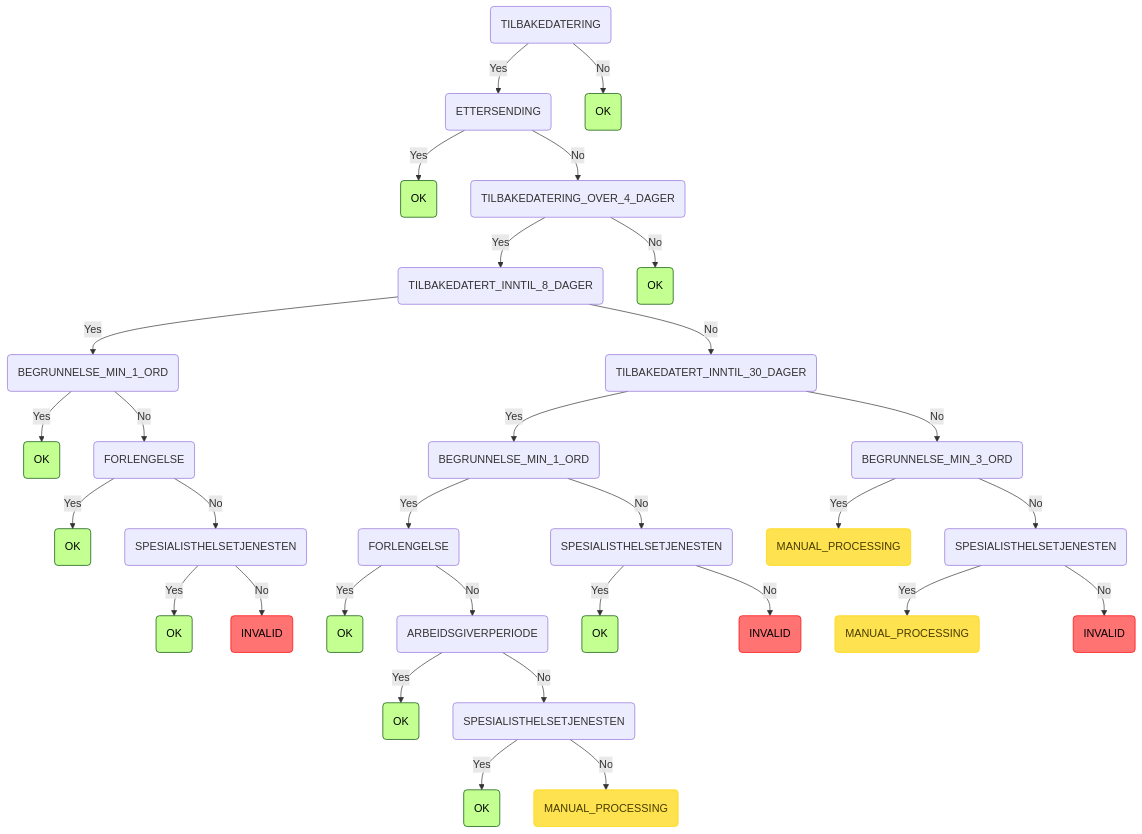
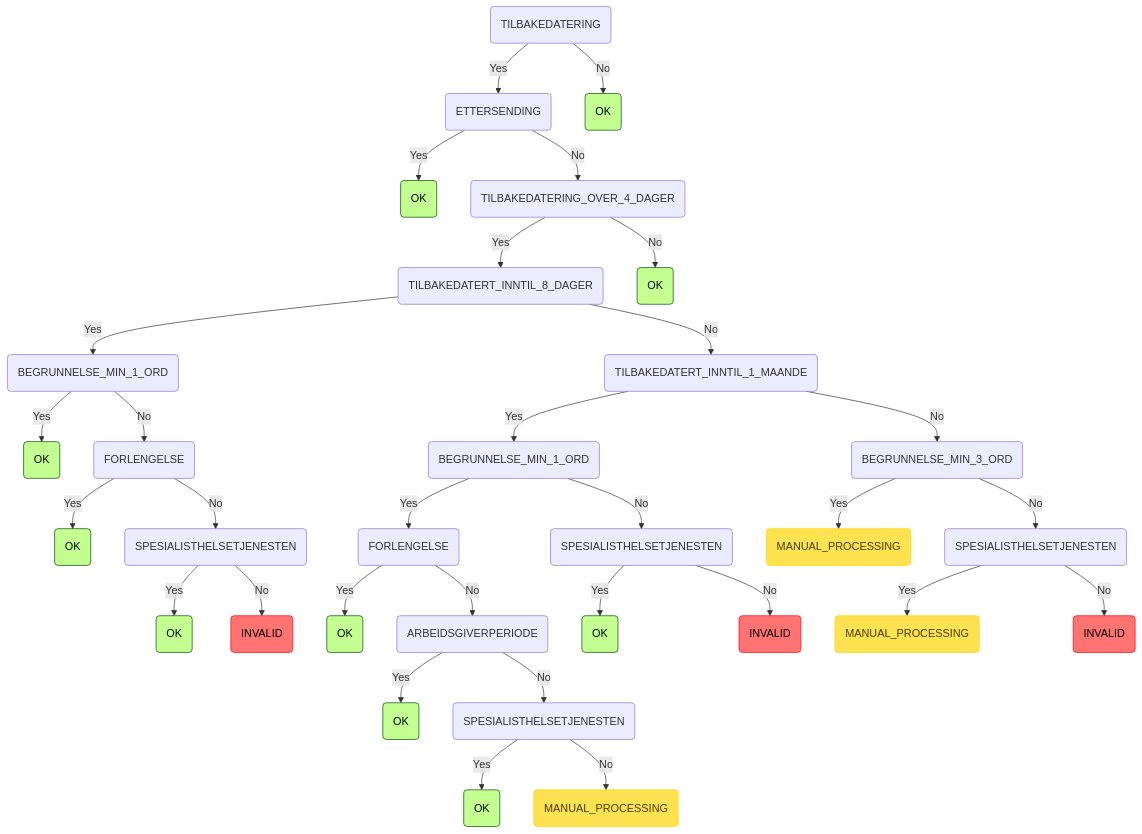
Before and after one commit to navikt/syfosmregler: the ninth of 9 diagrams in README.md, drawn with Mermaid. The commit also changed 4 other files, not shown here.

````diff
--- a/README.md
+++ b/README.md
@@ -290,36 +290,36 @@
 ```mermaid
 graph TD
     root(TILBAKEDATERING) -->|Yes| root_TILBAKEDATERING_ETTERSENDING(ETTERSENDING)
     root_TILBAKEDATERING_ETTERSENDING(ETTERSENDING) -->|Yes| root_TILBAKEDATERING_ETTERSENDING_OK(OK):::ok
     root_TILBAKEDATERING_ETTERSENDING(ETTERSENDING) -->|No| root_TILBAKEDATERING_ETTERSENDING_TILBAKEDATERING_OVER_4_DAGER(TILBAKEDATERING_OVER_4_DAGER)
     root_TILBAKEDATERING_ETTERSENDING_TILBAKEDATERING_OVER_4_DAGER(TILBAKEDATERING_OVER_4_DAGER) -->|Yes| root_TILBAKEDATERING_ETTERSENDING_TILBAKEDATERING_OVER_4_DAGER_TILBAKEDATERT_INNTIL_8_DAGER(TILBAKEDATERT_INNTIL_8_DAGER)
     root_TILBAKEDATERING_ETTERSENDING_TILBAKEDATERING_OVER_4_DAGER_TILBAKEDATERT_INNTIL_8_DAGER(TILBAKEDATERT_INNTIL_8_DAGER) -->|Yes| root_TILBAKEDATERING_ETTERSENDING_TILBAKEDATERING_OVER_4_DAGER_TILBAKEDATERT_INNTIL_8_DAGER_BEGRUNNELSE_MIN_1_ORD(BEGRUNNELSE_MIN_1_ORD)
     root_TILBAKEDATERING_ETTERSENDING_TILBAKEDATERING_OVER_4_DAGER_TILBAKEDATERT_INNTIL_8_DAGER_BEGRUNNELSE_MIN_1_ORD(BEGRUNNELSE_MIN_1_ORD) -->|Yes| root_TILBAKEDATERING_ETTERSENDING_TILBAKEDATERING_OVER_4_DAGER_TILBAKEDATERT_INNTIL_8_DAGER_BEGRUNNELSE_MIN_1_ORD_OK(OK):::ok
     root_TILBAKEDATERING_ETTERSENDING_TILBAKEDATERING_OVER_4_DAGER_TILBAKEDATERT_INNTIL_8_DAGER_BEGRUNNELSE_MIN_1_ORD(BEGRUNNELSE_MIN_1_ORD) -->|No| root_TILBAKEDATERING_ETTERSENDING_TILBAKEDATERING_OVER_4_DAGER_TILBAKEDATERT_INNTIL_8_DAGER_BEGRUNNELSE_MIN_1_ORD_FORLENGELSE(FORLENGELSE)
     root_TILBAKEDATERING_ETTERSENDING_TILBAKEDATERING_OVER_4_DAGER_TILBAKEDATERT_INNTIL_8_DAGER_BEGRUNNELSE_MIN_1_ORD_FORLENGELSE(FORLENGELSE) -->|Yes| root_TILBAKEDATERING_ETTERSENDING_TILBAKEDATERING_OVER_4_DAGER_TILBAKEDATERT_INNTIL_8_DAGER_BEGRUNNELSE_MIN_1_ORD_FORLENGELSE_OK(OK):::ok
     root_TILBAKEDATERING_ETTERSENDING_TILBAKEDATERING_OVER_4_DAGER_TILBAKEDATERT_INNTIL_8_DAGER_BEGRUNNELSE_MIN_1_ORD_FORLENGELSE(FORLENGELSE) -->|No| root_TILBAKEDATERING_ETTERSENDING_TILBAKEDATERING_OVER_4_DAGER_TILBAKEDATERT_INNTIL_8_DAGER_BEGRUNNELSE_MIN_1_ORD_FORLENGELSE_SPESIALISTHELSETJENESTEN(SPESIALISTHELSETJENESTEN)
     root_TILBAKEDATERING_ETTERSENDING_TILBAKEDATERING_OVER_4_DAGER_TILBAKEDATERT_INNTIL_8_DAGER_BEGRUNNELSE_MIN_1_ORD_FORLENGELSE_SPESIALISTHELSETJENESTEN(SPESIALISTHELSETJENESTEN) -->|Yes| root_TILBAKEDATERING_ETTERSENDING_TILBAKEDATERING_OVER_4_DAGER_TILBAKEDATERT_INNTIL_8_DAGER_BEGRUNNELSE_MIN_1_ORD_FORLENGELSE_SPESIALISTHELSETJENESTEN_OK(OK):::ok
     root_TILBAKEDATERING_ETTERSENDING_TILBAKEDATERING_OVER_4_DAGER_TILBAKEDATERT_INNTIL_8_DAGER_BEGRUNNELSE_MIN_1_ORD_FORLENGELSE_SPESIALISTHELSETJENESTEN(SPESIALISTHELSETJENESTEN) -->|No| root_TILBAKEDATERING_ETTERSENDING_TILBAKEDATERING_OVER_4_DAGER_TILBAKEDATERT_INNTIL_8_DAGER_BEGRUNNELSE_MIN_1_ORD_FORLENGELSE_SPESIALISTHELSETJENESTEN_INVALID(INVALID):::invalid
-    root_TILBAKEDATERING_ETTERSENDING_TILBAKEDATERING_OVER_4_DAGER_TILBAKEDATERT_INNTIL_8_DAGER(TILBAKEDATERT_INNTIL_8_DAGER) -->|No| root_TILBAKEDATERING_ETTERSENDING_TILBAKEDATERING_OVER_4_DAGER_TILBAKEDATERT_INNTIL_8_DAGER_TILBAKEDATERT_INNTIL_30_DAGER(TILBAKEDATERT_INNTIL_30_DAGER)
-    root_TILBAKEDATERING_ETTERSENDING_TILBAKEDATERING_OVER_4_DAGER_TILBAKEDATERT_INNTIL_8_DAGER_TILBAKEDATERT_INNTIL_30_DAGER(TILBAKEDATERT_INNTIL_30_DAGER) -->|Yes| root_TILBAKEDATERING_ETTERSENDING_TILBAKEDATERING_OVER_4_DAGER_TILBAKEDATERT_INNTIL_8_DAGER_TILBAKEDATERT_INNTIL_30_DAGER_BEGRUNNELSE_MIN_1_ORD(BEGRUNNELSE_MIN_1_ORD)
-    root_TILBAKEDATERING_ETTERSENDING_TILBAKEDATERING_OVER_4_DAGER_TILBAKEDATERT_INNTIL_8_DAGER_TILBAKEDATERT_INNTIL_30_DAGER_BEGRUNNELSE_MIN_1_ORD(BEGRUNNELSE_MIN_1_ORD) -->|Yes| root_TILBAKEDATERING_ETTERSENDING_TILBAKEDATERING_OVER_4_DAGER_TILBAKEDATERT_INNTIL_8_DAGER_TILBAKEDATERT_INNTIL_30_DAGER_BEGRUNNELSE_MIN_1_ORD_FORLENGELSE(FORLENGELSE)
-    root_TILBAKEDATERING_ETTERSENDING_TILBAKEDATERING_OVER_4_DAGER_TILBAKEDATERT_INNTIL_8_DAGER_TILBAKEDATERT_INNTIL_30_DAGER_BEGRUNNELSE_MIN_1_ORD_FORLENGELSE(FORLENGELSE) -->|Yes| root_TILBAKEDATERING_ETTERSENDING_TILBAKEDATERING_OVER_4_DAGER_TILBAKEDATERT_INNTIL_8_DAGER_TILBAKEDATERT_INNTIL_30_DAGER_BEGRUNNELSE_MIN_1_ORD_FORLENGELSE_OK(OK):::ok
-    root_TILBAKEDATERING_ETTERSENDING_TILBAKEDATERING_OVER_4_DAGER_TILBAKEDATERT_INNTIL_8_DAGER_TILBAKEDATERT_INNTIL_30_DAGER_BEGRUNNELSE_MIN_1_ORD_FORLENGELSE(FORLENGELSE) -->|No| root_TILBAKEDATERING_ETTERSENDING_TILBAKEDATERING_OVER_4_DAGER_TILBAKEDATERT_INNTIL_8_DAGER_TILBAKEDATERT_INNTIL_30_DAGER_BEGRUNNELSE_MIN_1_ORD_FORLENGELSE_ARBEIDSGIVERPERIODE(ARBEIDSGIVERPERIODE)
-    root_TILBAKEDATERING_ETTERSENDING_TILBAKEDATERING_OVER_4_DAGER_TILBAKEDATERT_INNTIL_8_DAGER_TILBAKEDATERT_INNTIL_30_DAGER_BEGRUNNELSE_MIN_1_ORD_FORLENGELSE_ARBEIDSGIVERPERIODE(ARBEIDSGIVERPERIODE) -->|Yes| root_TILBAKEDATERING_ETTERSENDING_TILBAKEDATERING_OVER_4_DAGER_TILBAKEDATERT_INNTIL_8_DAGER_TILBAKEDATERT_INNTIL_30_DAGER_BEGRUNNELSE_MIN_1_ORD_FORLENGELSE_ARBEIDSGIVERPERIODE_OK(OK):::ok
-    root_TILBAKEDATERING_ETTERSENDING_TILBAKEDATERING_OVER_4_DAGER_TILBAKEDATERT_INNTIL_8_DAGER_TILBAKEDATERT_INNTIL_30_DAGER_BEGRUNNELSE_MIN_1_ORD_FORLENGELSE_ARBEIDSGIVERPERIODE(ARBEIDSGIVERPERIODE) -->|No| root_TILBAKEDATERING_ETTERSENDING_TILBAKEDATERING_OVER_4_DAGER_TILBAKEDATERT_INNTIL_8_DAGER_TILBAKEDATERT_INNTIL_30_DAGER_BEGRUNNELSE_MIN_1_ORD_FORLENGELSE_ARBEIDSGIVERPERIODE_SPESIALISTHELSETJENESTEN(SPESIALISTHELSETJENESTEN)
-    root_TILBAKEDATERING_ETTERSENDING_TILBAKEDATERING_OVER_4_DAGER_TILBAKEDATERT_INNTIL_8_DAGER_TILBAKEDATERT_INNTIL_30_DAGER_BEGRUNNELSE_MIN_1_ORD_FORLENGELSE_ARBEIDSGIVERPERIODE_SPESIALISTHELSETJENESTEN(SPESIALISTHELSETJENESTEN) -->|Yes| root_TILBAKEDATERING_ETTERSENDING_TILBAKEDATERING_OVER_4_DAGER_TILBAKEDATERT_INNTIL_8_DAGER_TILBAKEDATERT_INNTIL_30_DAGER_BEGRUNNELSE_MIN_1_ORD_FORLENGELSE_ARBEIDSGIVERPERIODE_SPESIALISTHELSETJENESTEN_OK(OK):::ok
-    root_TILBAKEDATERING_ETTERSENDING_TILBAKEDATERING_OVER_4_DAGER_TILBAKEDATERT_INNTIL_8_DAGER_TILBAKEDATERT_INNTIL_30_DAGER_BEGRUNNELSE_MIN_1_ORD_FORLENGELSE_ARBEIDSGIVERPERIODE_SPESIALISTHELSETJENESTEN(SPESIALISTHELSETJENESTEN) -->|No| root_TILBAKEDATERING_ETTERSENDING_TILBAKEDATERING_OVER_4_DAGER_TILBAKEDATERT_INNTIL_8_DAGER_TILBAKEDATERT_INNTIL_30_DAGER_BEGRUNNELSE_MIN_1_ORD_FORLENGELSE_ARBEIDSGIVERPERIODE_SPESIALISTHELSETJENESTEN_MANUAL_PROCESSING(MANUAL_PROCESSING):::manuell
-    root_TILBAKEDATERING_ETTERSENDING_TILBAKEDATERING_OVER_4_DAGER_TILBAKEDATERT_INNTIL_8_DAGER_TILBAKEDATERT_INNTIL_30_DAGER_BEGRUNNELSE_MIN_1_ORD(BEGRUNNELSE_MIN_1_ORD) -->|No| root_TILBAKEDATERING_ETTERSENDING_TILBAKEDATERING_OVER_4_DAGER_TILBAKEDATERT_INNTIL_8_DAGER_TILBAKEDATERT_INNTIL_30_DAGER_BEGRUNNELSE_MIN_1_ORD_SPESIALISTHELSETJENESTEN(SPESIALISTHELSETJENESTEN)
-    root_TILBAKEDATERING_ETTERSENDING_TILBAKEDATERING_OVER_4_DAGER_TILBAKEDATERT_INNTIL_8_DAGER_TILBAKEDATERT_INNTIL_30_DAGER_BEGRUNNELSE_MIN_1_ORD_SPESIALISTHELSETJENESTEN(SPESIALISTHELSETJENESTEN) -->|Yes| root_TILBAKEDATERING_ETTERSENDING_TILBAKEDATERING_OVER_4_DAGER_TILBAKEDATERT_INNTIL_8_DAGER_TILBAKEDATERT_INNTIL_30_DAGER_BEGRUNNELSE_MIN_1_ORD_SPESIALISTHELSETJENESTEN_OK(OK):::ok
-    root_TILBAKEDATERING_ETTERSENDING_TILBAKEDATERING_OVER_4_DAGER_TILBAKEDATERT_INNTIL_8_DAGER_TILBAKEDATERT_INNTIL_30_DAGER_BEGRUNNELSE_MIN_1_ORD_SPESIALISTHELSETJENESTEN(SPESIALISTHELSETJENESTEN) -->|No| root_TILBAKEDATERING_ETTERSENDING_TILBAKEDATERING_OVER_4_DAGER_TILBAKEDATERT_INNTIL_8_DAGER_TILBAKEDATERT_INNTIL_30_DAGER_BEGRUNNELSE_MIN_1_ORD_SPESIALISTHELSETJENESTEN_INVALID(INVALID):::invalid
-    root_TILBAKEDATERING_ETTERSENDING_TILBAKEDATERING_OVER_4_DAGER_TILBAKEDATERT_INNTIL_8_DAGER_TILBAKEDATERT_INNTIL_30_DAGER(TILBAKEDATERT_INNTIL_30_DAGER) -->|No| root_TILBAKEDATERING_ETTERSENDING_TILBAKEDATERING_OVER_4_DAGER_TILBAKEDATERT_INNTIL_8_DAGER_TILBAKEDATERT_INNTIL_30_DAGER_BEGRUNNELSE_MIN_3_ORD(BEGRUNNELSE_MIN_3_ORD)
-    root_TILBAKEDATERING_ETTERSENDING_TILBAKEDATERING_OVER_4_DAGER_TILBAKEDATERT_INNTIL_8_DAGER_TILBAKEDATERT_INNTIL_30_DAGER_BEGRUNNELSE_MIN_3_ORD(BEGRUNNELSE_MIN_3_ORD) -->|Yes| root_TILBAKEDATERING_ETTERSENDING_TILBAKEDATERING_OVER_4_DAGER_TILBAKEDATERT_INNTIL_8_DAGER_TILBAKEDATERT_INNTIL_30_DAGER_BEGRUNNELSE_MIN_3_ORD_MANUAL_PROCESSING(MANUAL_PROCESSING):::manuell
-    root_TILBAKEDATERING_ETTERSENDING_TILBAKEDATERING_OVER_4_DAGER_TILBAKEDATERT_INNTIL_8_DAGER_TILBAKEDATERT_INNTIL_30_DAGER_BEGRUNNELSE_MIN_3_ORD(BEGRUNNELSE_MIN_3_ORD) -->|No| root_TILBAKEDATERING_ETTERSENDING_TILBAKEDATERING_OVER_4_DAGER_TILBAKEDATERT_INNTIL_8_DAGER_TILBAKEDATERT_INNTIL_30_DAGER_BEGRUNNELSE_MIN_3_ORD_SPESIALISTHELSETJENESTEN(SPESIALISTHELSETJENESTEN)
-    root_TILBAKEDATERING_ETTERSENDING_TILBAKEDATERING_OVER_4_DAGER_TILBAKEDATERT_INNTIL_8_DAGER_TILBAKEDATERT_INNTIL_30_DAGER_BEGRUNNELSE_MIN_3_ORD_SPESIALISTHELSETJENESTEN(SPESIALISTHELSETJENESTEN) -->|Yes| root_TILBAKEDATERING_ETTERSENDING_TILBAKEDATERING_OVER_4_DAGER_TILBAKEDATERT_INNTIL_8_DAGER_TILBAKEDATERT_INNTIL_30_DAGER_BEGRUNNELSE_MIN_3_ORD_SPESIALISTHELSETJENESTEN_MANUAL_PROCESSING(MANUAL_PROCESSING):::manuell
-    root_TILBAKEDATERING_ETTERSENDING_TILBAKEDATERING_OVER_4_DAGER_TILBAKEDATERT_INNTIL_8_DAGER_TILBAKEDATERT_INNTIL_30_DAGER_BEGRUNNELSE_MIN_3_ORD_SPESIALISTHELSETJENESTEN(SPESIALISTHELSETJENESTEN) -->|No| root_TILBAKEDATERING_ETTERSENDING_TILBAKEDATERING_OVER_4_DAGER_TILBAKEDATERT_INNTIL_8_DAGER_TILBAKEDATERT_INNTIL_30_DAGER_BEGRUNNELSE_MIN_3_ORD_SPESIALISTHELSETJENESTEN_INVALID(INVALID):::invalid
+    root_TILBAKEDATERING_ETTERSENDING_TILBAKEDATERING_OVER_4_DAGER_TILBAKEDATERT_INNTIL_8_DAGER(TILBAKEDATERT_INNTIL_8_DAGER) -->|No| root_TILBAKEDATERING_ETTERSENDING_TILBAKEDATERING_OVER_4_DAGER_TILBAKEDATERT_INNTIL_8_DAGER_TILBAKEDATERT_INNTIL_1_MAANDE(TILBAKEDATERT_INNTIL_1_MAANDE)
+    root_TILBAKEDATERING_ETTERSENDING_TILBAKEDATERING_OVER_4_DAGER_TILBAKEDATERT_INNTIL_8_DAGER_TILBAKEDATERT_INNTIL_1_MAANDE(TILBAKEDATERT_INNTIL_1_MAANDE) -->|Yes| root_TILBAKEDATERING_ETTERSENDING_TILBAKEDATERING_OVER_4_DAGER_TILBAKEDATERT_INNTIL_8_DAGER_TILBAKEDATERT_INNTIL_1_MAANDE_BEGRUNNELSE_MIN_1_ORD(BEGRUNNELSE_MIN_1_ORD)
+    root_TILBAKEDATERING_ETTERSENDING_TILBAKEDATERING_OVER_4_DAGER_TILBAKEDATERT_INNTIL_8_DAGER_TILBAKEDATERT_INNTIL_1_MAANDE_BEGRUNNELSE_MIN_1_ORD(BEGRUNNELSE_MIN_1_ORD) -->|Yes| root_TILBAKEDATERING_ETTERSENDING_TILBAKEDATERING_OVER_4_DAGER_TILBAKEDATERT_INNTIL_8_DAGER_TILBAKEDATERT_INNTIL_1_MAANDE_BEGRUNNELSE_MIN_1_ORD_FORLENGELSE(FORLENGELSE)
+    root_TILBAKEDATERING_ETTERSENDING_TILBAKEDATERING_OVER_4_DAGER_TILBAKEDATERT_INNTIL_8_DAGER_TILBAKEDATERT_INNTIL_1_MAANDE_BEGRUNNELSE_MIN_1_ORD_FORLENGELSE(FORLENGELSE) -->|Yes| root_TILBAKEDATERING_ETTERSENDING_TILBAKEDATERING_OVER_4_DAGER_TILBAKEDATERT_INNTIL_8_DAGER_TILBAKEDATERT_INNTIL_1_MAANDE_BEGRUNNELSE_MIN_1_ORD_FORLENGELSE_OK(OK):::ok
+    root_TILBAKEDATERING_ETTERSENDING_TILBAKEDATERING_OVER_4_DAGER_TILBAKEDATERT_INNTIL_8_DAGER_TILBAKEDATERT_INNTIL_1_MAANDE_BEGRUNNELSE_MIN_1_ORD_FORLENGELSE(FORLENGELSE) -->|No| root_TILBAKEDATERING_ETTERSENDING_TILBAKEDATERING_OVER_4_DAGER_TILBAKEDATERT_INNTIL_8_DAGER_TILBAKEDATERT_INNTIL_1_MAANDE_BEGRUNNELSE_MIN_1_ORD_FORLENGELSE_ARBEIDSGIVERPERIODE(ARBEIDSGIVERPERIODE)
+    root_TILBAKEDATERING_ETTERSENDING_TILBAKEDATERING_OVER_4_DAGER_TILBAKEDATERT_INNTIL_8_DAGER_TILBAKEDATERT_INNTIL_1_MAANDE_BEGRUNNELSE_MIN_1_ORD_FORLENGELSE_ARBEIDSGIVERPERIODE(ARBEIDSGIVERPERIODE) -->|Yes| root_TILBAKEDATERING_ETTERSENDING_TILBAKEDATERING_OVER_4_DAGER_TILBAKEDATERT_INNTIL_8_DAGER_TILBAKEDATERT_INNTIL_1_MAANDE_BEGRUNNELSE_MIN_1_ORD_FORLENGELSE_ARBEIDSGIVERPERIODE_OK(OK):::ok
+    root_TILBAKEDATERING_ETTERSENDING_TILBAKEDATERING_OVER_4_DAGER_TILBAKEDATERT_INNTIL_8_DAGER_TILBAKEDATERT_INNTIL_1_MAANDE_BEGRUNNELSE_MIN_1_ORD_FORLENGELSE_ARBEIDSGIVERPERIODE(ARBEIDSGIVERPERIODE) -->|No| root_TILBAKEDATERING_ETTERSENDING_TILBAKEDATERING_OVER_4_DAGER_TILBAKEDATERT_INNTIL_8_DAGER_TILBAKEDATERT_INNTIL_1_MAANDE_BEGRUNNELSE_MIN_1_ORD_FORLENGELSE_ARBEIDSGIVERPERIODE_SPESIALISTHELSETJENESTEN(SPESIALISTHELSETJENESTEN)
+    root_TILBAKEDATERING_ETTERSENDING_TILBAKEDATERING_OVER_4_DAGER_TILBAKEDATERT_INNTIL_8_DAGER_TILBAKEDATERT_INNTIL_1_MAANDE_BEGRUNNELSE_MIN_1_ORD_FORLENGELSE_ARBEIDSGIVERPERIODE_SPESIALISTHELSETJENESTEN(SPESIALISTHELSETJENESTEN) -->|Yes| root_TILBAKEDATERING_ETTERSENDING_TILBAKEDATERING_OVER_4_DAGER_TILBAKEDATERT_INNTIL_8_DAGER_TILBAKEDATERT_INNTIL_1_MAANDE_BEGRUNNELSE_MIN_1_ORD_FORLENGELSE_ARBEIDSGIVERPERIODE_SPESIALISTHELSETJENESTEN_OK(OK):::ok
+    root_TILBAKEDATERING_ETTERSENDING_TILBAKEDATERING_OVER_4_DAGER_TILBAKEDATERT_INNTIL_8_DAGER_TILBAKEDATERT_INNTIL_1_MAANDE_BEGRUNNELSE_MIN_1_ORD_FORLENGELSE_ARBEIDSGIVERPERIODE_SPESIALISTHELSETJENESTEN(SPESIALISTHELSETJENESTEN) -->|No| root_TILBAKEDATERING_ETTERSENDING_TILBAKEDATERING_OVER_4_DAGER_TILBAKEDATERT_INNTIL_8_DAGER_TILBAKEDATERT_INNTIL_1_MAANDE_BEGRUNNELSE_MIN_1_ORD_FORLENGELSE_ARBEIDSGIVERPERIODE_SPESIALISTHELSETJENESTEN_MANUAL_PROCESSING(MANUAL_PROCESSING):::manuell
+    root_TILBAKEDATERING_ETTERSENDING_TILBAKEDATERING_OVER_4_DAGER_TILBAKEDATERT_INNTIL_8_DAGER_TILBAKEDATERT_INNTIL_1_MAANDE_BEGRUNNELSE_MIN_1_ORD(BEGRUNNELSE_MIN_1_ORD) -->|No| root_TILBAKEDATERING_ETTERSENDING_TILBAKEDATERING_OVER_4_DAGER_TILBAKEDATERT_INNTIL_8_DAGER_TILBAKEDATERT_INNTIL_1_MAANDE_BEGRUNNELSE_MIN_1_ORD_SPESIALISTHELSETJENESTEN(SPESIALISTHELSETJENESTEN)
+    root_TILBAKEDATERING_ETTERSENDING_TILBAKEDATERING_OVER_4_DAGER_TILBAKEDATERT_INNTIL_8_DAGER_TILBAKEDATERT_INNTIL_1_MAANDE_BEGRUNNELSE_MIN_1_ORD_SPESIALISTHELSETJENESTEN(SPESIALISTHELSETJENESTEN) -->|Yes| root_TILBAKEDATERING_ETTERSENDING_TILBAKEDATERING_OVER_4_DAGER_TILBAKEDATERT_INNTIL_8_DAGER_TILBAKEDATERT_INNTIL_1_MAANDE_BEGRUNNELSE_MIN_1_ORD_SPESIALISTHELSETJENESTEN_OK(OK):::ok
+    root_TILBAKEDATERING_ETTERSENDING_TILBAKEDATERING_OVER_4_DAGER_TILBAKEDATERT_INNTIL_8_DAGER_TILBAKEDATERT_INNTIL_1_MAANDE_BEGRUNNELSE_MIN_1_ORD_SPESIALISTHELSETJENESTEN(SPESIALISTHELSETJENESTEN) -->|No| root_TILBAKEDATERING_ETTERSENDING_TILBAKEDATERING_OVER_4_DAGER_TILBAKEDATERT_INNTIL_8_DAGER_TILBAKEDATERT_INNTIL_1_MAANDE_BEGRUNNELSE_MIN_1_ORD_SPESIALISTHELSETJENESTEN_INVALID(INVALID):::invalid
+    root_TILBAKEDATERING_ETTERSENDING_TILBAKEDATERING_OVER_4_DAGER_TILBAKEDATERT_INNTIL_8_DAGER_TILBAKEDATERT_INNTIL_1_MAANDE(TILBAKEDATERT_INNTIL_1_MAANDE) -->|No| root_TILBAKEDATERING_ETTERSENDING_TILBAKEDATERING_OVER_4_DAGER_TILBAKEDATERT_INNTIL_8_DAGER_TILBAKEDATERT_INNTIL_1_MAANDE_BEGRUNNELSE_MIN_3_ORD(BEGRUNNELSE_MIN_3_ORD)
+    root_TILBAKEDATERING_ETTERSENDING_TILBAKEDATERING_OVER_4_DAGER_TILBAKEDATERT_INNTIL_8_DAGER_TILBAKEDATERT_INNTIL_1_MAANDE_BEGRUNNELSE_MIN_3_ORD(BEGRUNNELSE_MIN_3_ORD) -->|Yes| root_TILBAKEDATERING_ETTERSENDING_TILBAKEDATERING_OVER_4_DAGER_TILBAKEDATERT_INNTIL_8_DAGER_TILBAKEDATERT_INNTIL_1_MAANDE_BEGRUNNELSE_MIN_3_ORD_MANUAL_PROCESSING(MANUAL_PROCESSING):::manuell
+    root_TILBAKEDATERING_ETTERSENDING_TILBAKEDATERING_OVER_4_DAGER_TILBAKEDATERT_INNTIL_8_DAGER_TILBAKEDATERT_INNTIL_1_MAANDE_BEGRUNNELSE_MIN_3_ORD(BEGRUNNELSE_MIN_3_ORD) -->|No| root_TILBAKEDATERING_ETTERSENDING_TILBAKEDATERING_OVER_4_DAGER_TILBAKEDATERT_INNTIL_8_DAGER_TILBAKEDATERT_INNTIL_1_MAANDE_BEGRUNNELSE_MIN_3_ORD_SPESIALISTHELSETJENESTEN(SPESIALISTHELSETJENESTEN)
+    root_TILBAKEDATERING_ETTERSENDING_TILBAKEDATERING_OVER_4_DAGER_TILBAKEDATERT_INNTIL_8_DAGER_TILBAKEDATERT_INNTIL_1_MAANDE_BEGRUNNELSE_MIN_3_ORD_SPESIALISTHELSETJENESTEN(SPESIALISTHELSETJENESTEN) -->|Yes| root_TILBAKEDATERING_ETTERSENDING_TILBAKEDATERING_OVER_4_DAGER_TILBAKEDATERT_INNTIL_8_DAGER_TILBAKEDATERT_INNTIL_1_MAANDE_BEGRUNNELSE_MIN_3_ORD_SPESIALISTHELSETJENESTEN_MANUAL_PROCESSING(MANUAL_PROCESSING):::manuell
+    root_TILBAKEDATERING_ETTERSENDING_TILBAKEDATERING_OVER_4_DAGER_TILBAKEDATERT_INNTIL_8_DAGER_TILBAKEDATERT_INNTIL_1_MAANDE_BEGRUNNELSE_MIN_3_ORD_SPESIALISTHELSETJENESTEN(SPESIALISTHELSETJENESTEN) -->|No| root_TILBAKEDATERING_ETTERSENDING_TILBAKEDATERING_OVER_4_DAGER_TILBAKEDATERT_INNTIL_8_DAGER_TILBAKEDATERT_INNTIL_1_MAANDE_BEGRUNNELSE_MIN_3_ORD_SPESIALISTHELSETJENESTEN_INVALID(INVALID):::invalid
     root_TILBAKEDATERING_ETTERSENDING_TILBAKEDATERING_OVER_4_DAGER(TILBAKEDATERING_OVER_4_DAGER) -->|No| root_TILBAKEDATERING_ETTERSENDING_TILBAKEDATERING_OVER_4_DAGER_OK(OK):::ok
     root(TILBAKEDATERING) -->|No| root_TILBAKEDATERING_OK(OK):::ok
     classDef ok fill:#c3ff91,stroke:#004a00,color: black;
     classDef invalid fill:#ff7373,stroke:#ff0000,color: black;
     classDef manuell fill:#ffe24f,stroke:#ffd500,color: #473c00;
 ```
````
